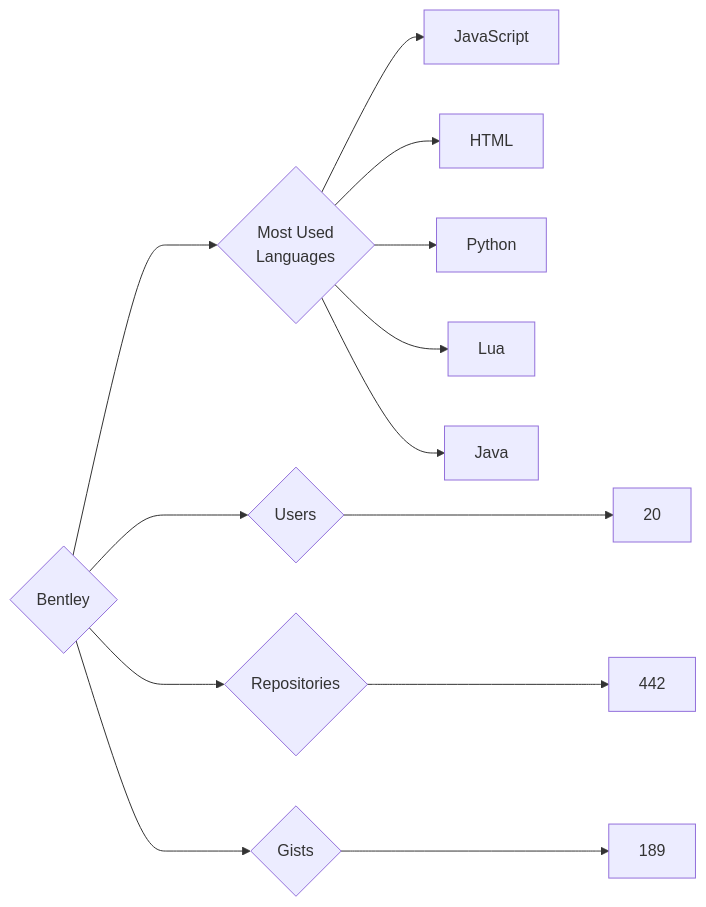
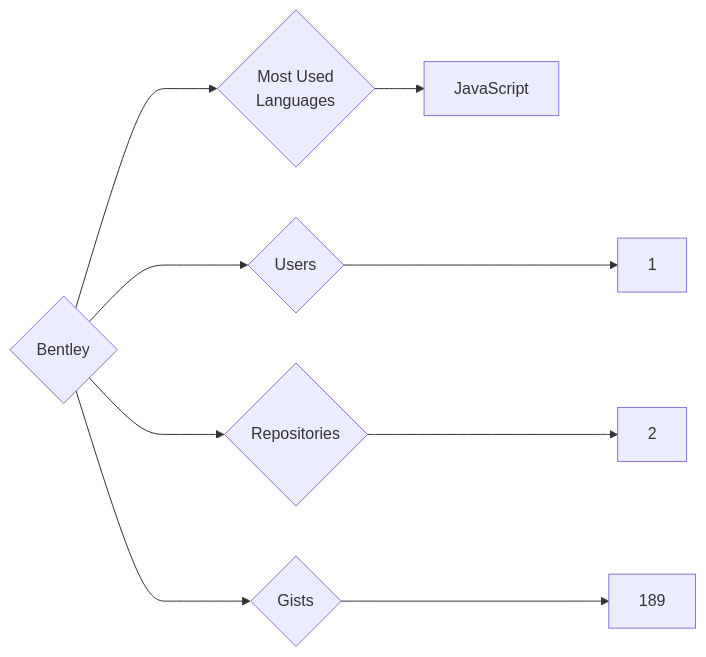
The diagram in targets/Bentley/README.md (trickest/insiders), drawn with Mermaid before and after one commit. The commit also changed 681 other files, not shown here.

````diff
--- a/targets/Bentley/README.md
+++ b/targets/Bentley/README.md
@@ -3,13 +3,9 @@
 ```mermaid
 graph LR
 COMPANY_NAME{Bentley}
-COMPANY_NAME ---> U{Users} ---> UN[20]
-COMPANY_NAME ---> R{Repositories} ---> RN[442]
+COMPANY_NAME ---> U{Users} ---> UN[1]
+COMPANY_NAME ---> R{Repositories} ---> RN[2]
 COMPANY_NAME ---> G{Gists} ---> GN[189]
 COMPANY_NAME ---> ML{Most Used<br>Languages}
 ML --> JavaScript[JavaScript]
-ML --> HTML[HTML]
-ML --> Python[Python]
-ML --> Lua[Lua]
-ML --> Java[Java]
 ```
````
